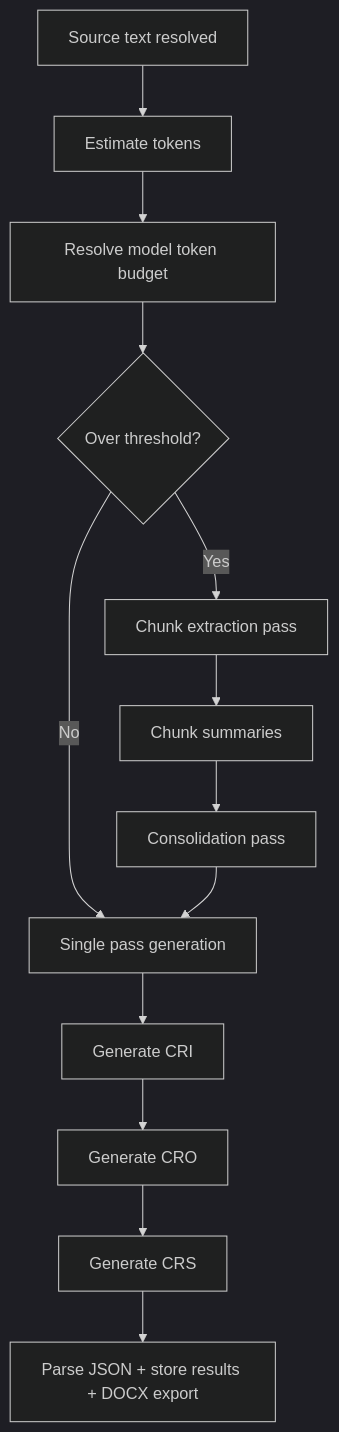
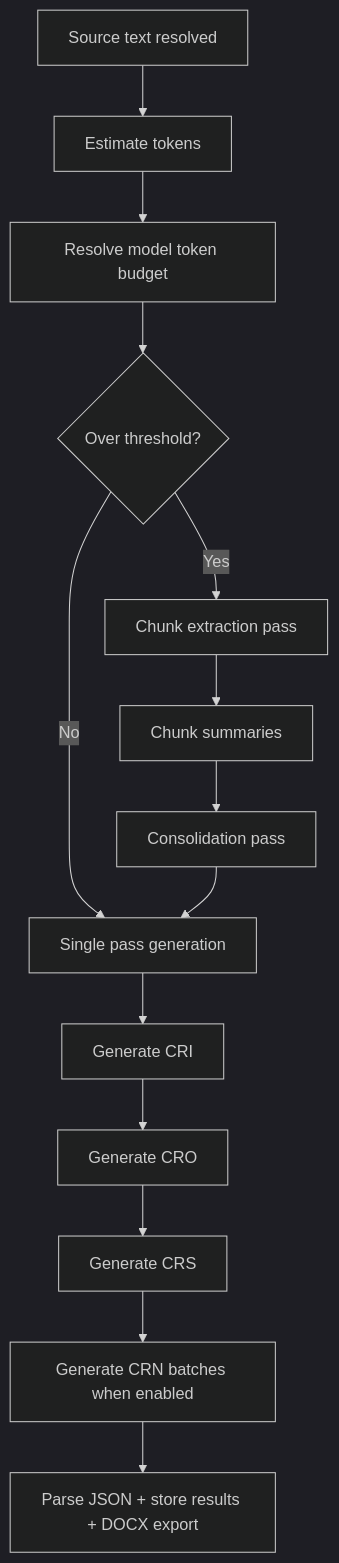
Before and after one commit to imperialsun/Demeter_CR: the diagram in docs/en/llm-cloud.md, drawn with Mermaid (dark theme). The commit also changed other lines of this file and 8 other files, not shown here.

````diff
--- a/docs/en/llm-cloud.md
+++ b/docs/en/llm-cloud.md
@@ -34,15 +36,16 @@
 ```mermaid
 flowchart TD
     A[Source text resolved] --> B[Estimate tokens]
     B --> C[Resolve model token budget]
     C --> D{Over threshold?}
     D -->|No| E[Single pass generation]
     D -->|Yes| F[Chunk extraction pass]
     F --> G[Chunk summaries]
     G --> H[Consolidation pass]
     H --> E
     E --> I[Generate CRI]
     I --> J[Generate CRO]
     J --> K[Generate CRS]
-    K --> L[Parse JSON + store results + DOCX export]
+    K --> M[Generate CRN batches when enabled]
+    M --> L[Parse JSON + store results + DOCX export]
 ```
````
